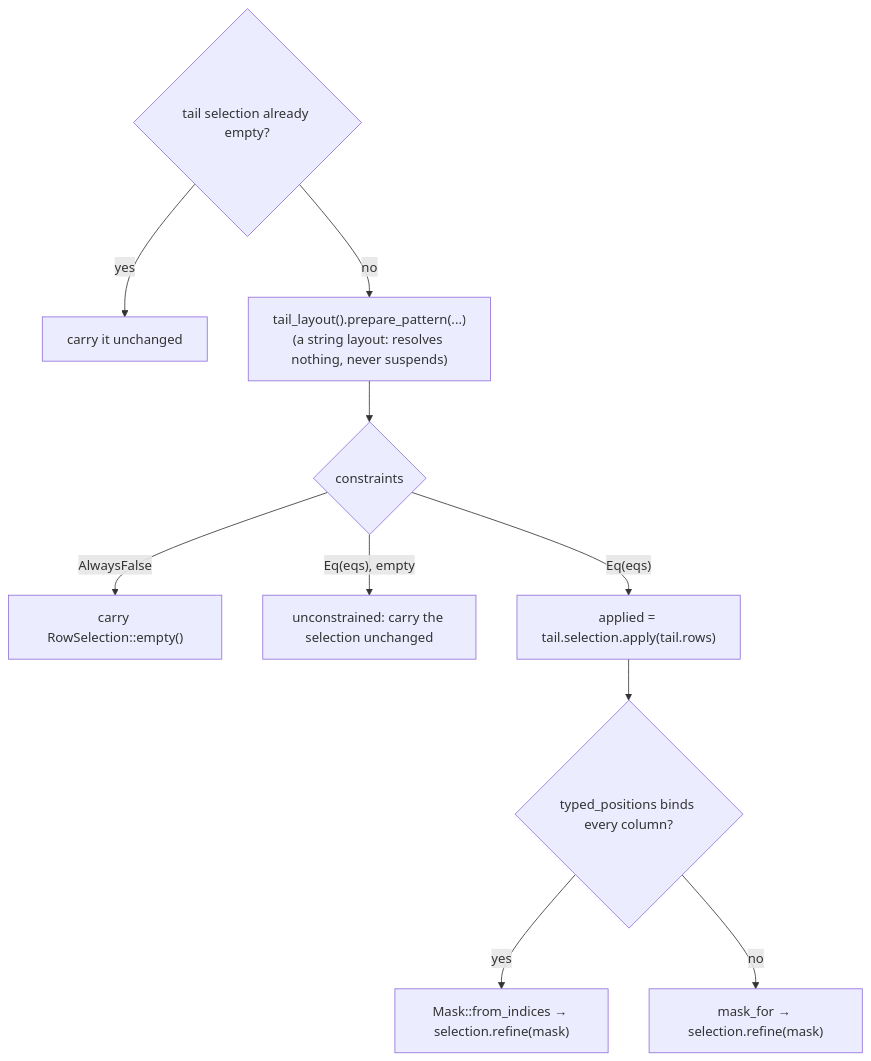
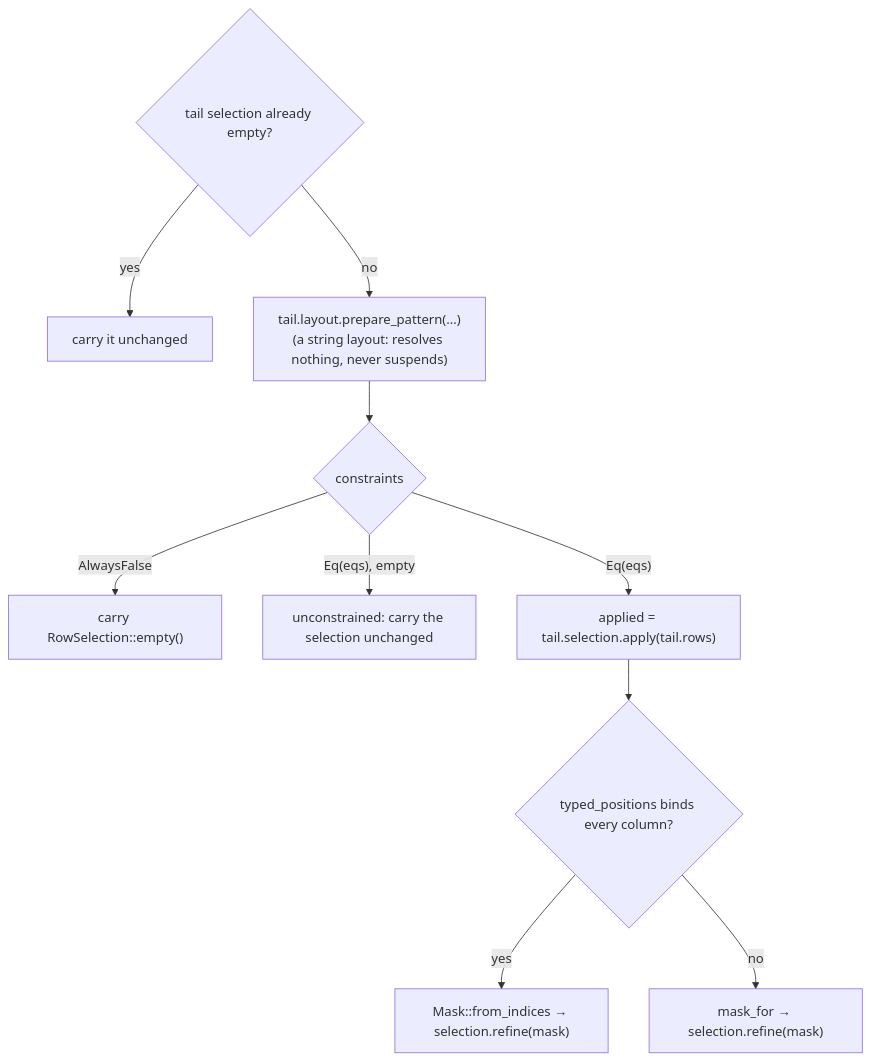
The fifth of 5 diagrams in docs/matching.md (vortex-rdf/vortex-rdf), drawn with Mermaid before and after one commit. The commit also changed other lines of this file and 22 other files, not shown here.

First line of the commit message:
refactor(store): one view-derivation API and a tail that owns its layout

````diff
--- a/docs/matching.md
+++ b/docs/matching.md
@@ -791,12 +791,12 @@
 ```mermaid
 flowchart TD
     T0{"tail selection already empty?"} -- yes --> TC["carry it unchanged"]
-    T0 -- no --> T1["tail_layout().prepare_pattern(...)<br/>(a string layout: resolves nothing, never suspends)"]
+    T0 -- no --> T1["tail.layout.prepare_pattern(...)<br/>(a string layout: resolves nothing, never suspends)"]
     T1 --> T2{"constraints"}
     T2 -- "AlwaysFalse" --> TE["carry RowSelection::empty()"]
     T2 -- "Eq(eqs), empty" --> TA["unconstrained: carry the selection unchanged"]
     T2 -- "Eq(eqs)" --> T3["applied = tail.selection.apply(tail.rows)"]
     T3 --> T4{"typed_positions binds every column?"}
     T4 -- yes --> T5["Mask::from_indices → selection.refine(mask)"]
     T4 -- no --> T6["mask_for → selection.refine(mask)"]
 ```
````
